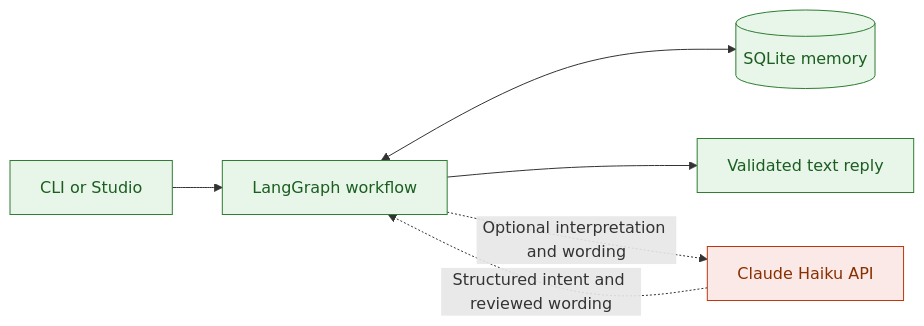
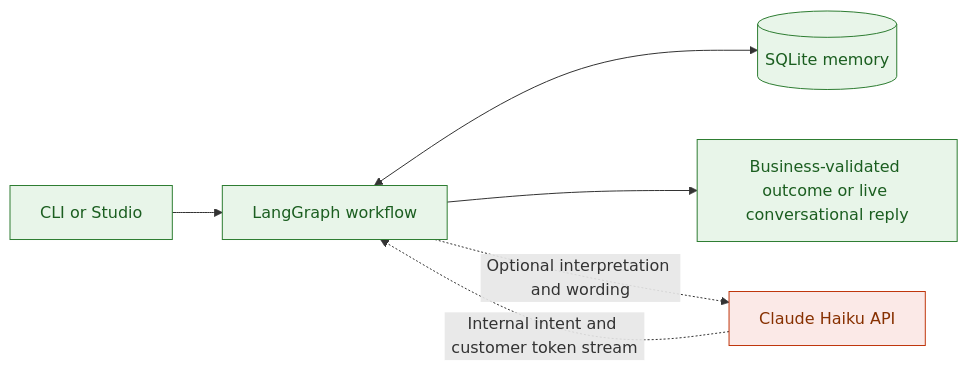
One commit to sergiomorapardo/AgenticDebtCollection changed the first of 4 diagrams in README.md. Above: the diagram before and after it, drawn with Mermaid. The commit also changed other lines of this file, not shown here.

Commit message:
docs: move tester instructions outside customer dialogue

````diff
--- a/README.md
+++ b/README.md
@@ -9,12 +9,12 @@
 ```mermaid
 flowchart LR
     U[CLI or Studio] --> G[LangGraph workflow]
     G <--> D[(SQLite memory)]
-    G --> R[Validated text reply]
+    G --> R[Business-validated outcome or live conversational reply]
     G -. Optional interpretation and wording .-> H[Claude Haiku API]
-    H -. Structured intent and reviewed wording .-> G
+    H -. Internal intent and customer token stream .-> G
     classDef local fill:#e8f5e9,stroke:#2e7d32,color:#1b5e20
     classDef paid fill:#fbe9e7,stroke:#bf360c,color:#873000
     class U,G,D,R local
     class H paid
 ```
````
